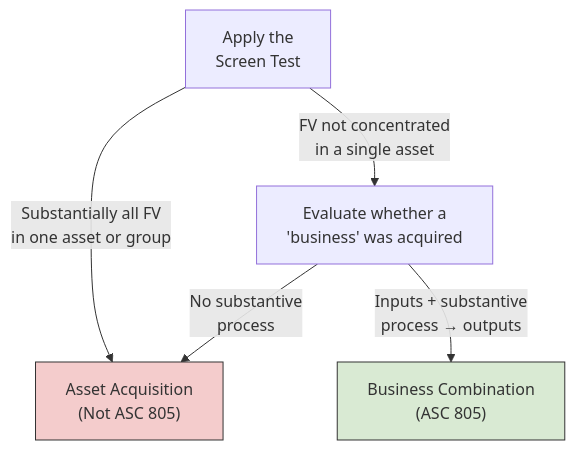
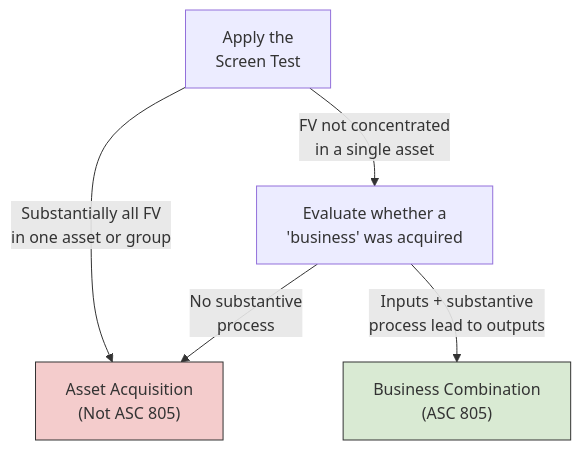
The second of 4 diagrams in docs/bar/technical-accounting-combinations-and-reporting/business-combinations.md (subwaymatch/cpabear-book), drawn with Mermaid before and after one commit. The commit also changed other lines of this file and 222 other files, not shown here.

````diff
--- a/docs/bar/technical-accounting-combinations-and-reporting/business-combinations.md
+++ b/docs/bar/technical-accounting-combinations-and-reporting/business-combinations.md
@@ -47,9 +47,9 @@
 ```mermaid
 graph TD
     A["Apply the<br/>Screen Test"] -->|"Substantially all FV<br/>in one asset or group"| B["Asset Acquisition<br/>(Not ASC 805)"]
     A -->|"FV not concentrated<br/>in a single asset"| C["Evaluate whether a<br/>'business' was acquired"]
-    C -->|"Inputs + substantive<br/>process → outputs"| D["Business Combination<br/>(ASC 805)"]
+    C -->|"Inputs + substantive<br/>process lead to outputs"| D["Business Combination<br/>(ASC 805)"]
     C -->|"No substantive<br/>process"| B
     style B fill:#f4cccc,stroke:#333
     style D fill:#d9ead3,stroke:#333
 ```
````
